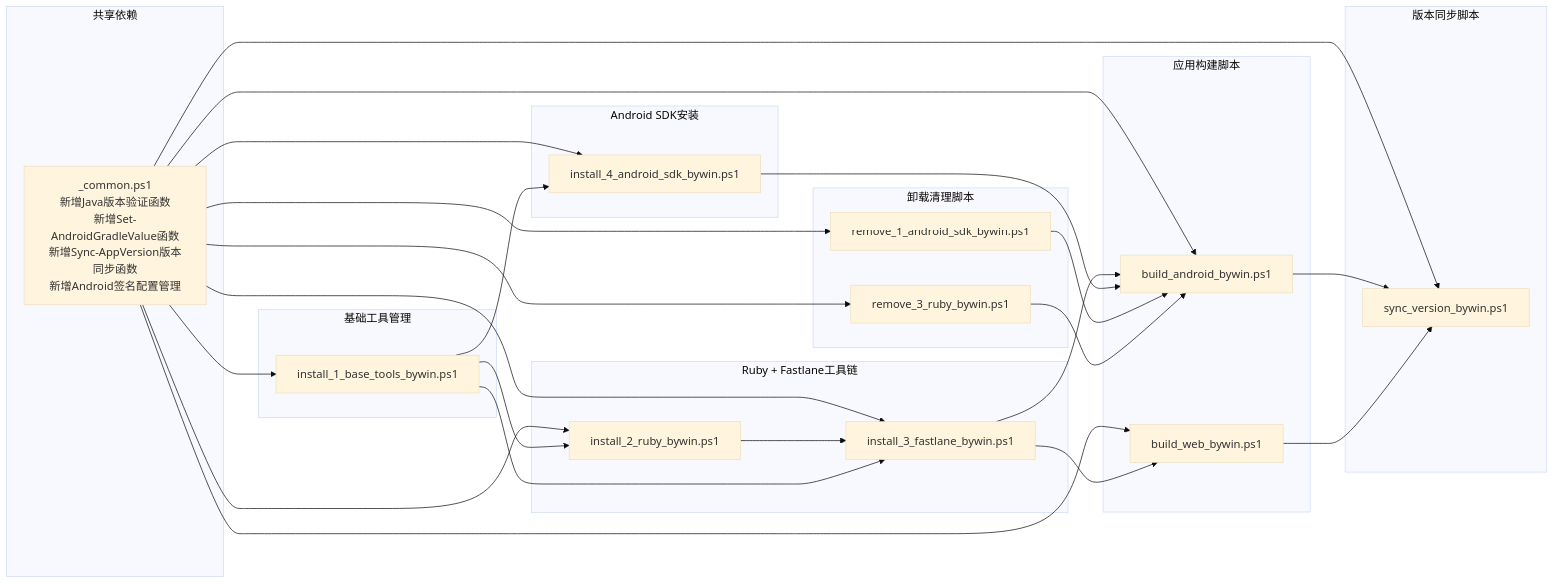
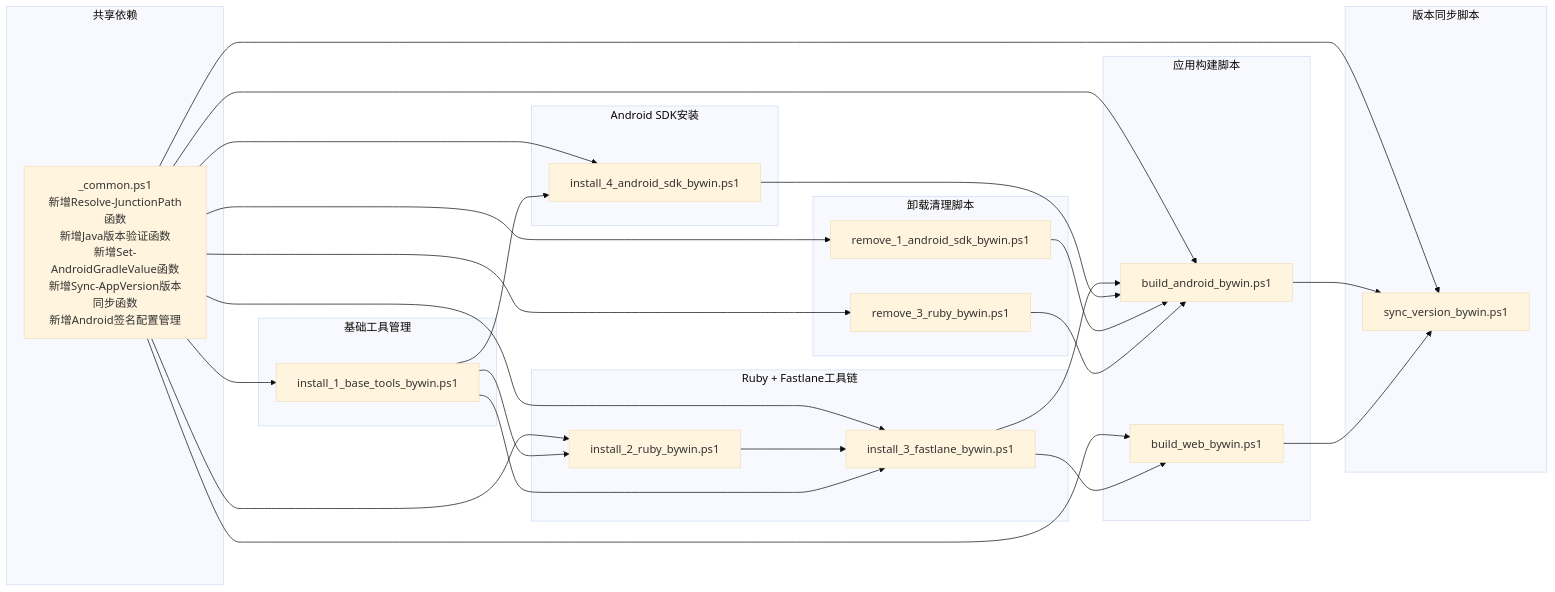
Before and after one commit to tea4go/Macro-Deck-Client-App: the tenth of 10 diagrams in .qoder/repowiki/zh/content/构建与部署/Windows PowerShell自动化.md, drawn with Mermaid (base theme). The commit also changed other lines of this file and 15 other files, not shown here.

````diff
--- a/.qoder/repowiki/zh/content/构建与部署/Windows PowerShell自动化.md
+++ b/.qoder/repowiki/zh/content/构建与部署/Windows PowerShell自动化.md
@@ -861,47 +860,47 @@
 ```mermaid
 graph LR
 subgraph "共享依赖"
-Common[_common.ps1<br/>新增Java版本验证函数<br/>新增Set-AndroidGradleValue函数<br/>新增Sync-AppVersion版本同步函数<br/>新增Android签名配置管理]
+Common[_common.ps1<br/>新增Resolve-JunctionPath函数<br/>新增Java版本验证函数<br/>新增Set-AndroidGradleValue函数<br/>新增Sync-AppVersion版本同步函数<br/>新增Android签名配置管理]
 end
 subgraph "基础工具管理"
 BaseTools[install_1_base_tools_bywin.ps1]
 end
 subgraph "Ruby + Fastlane工具链"
 InstallRuby[install_2_ruby_bywin.ps1]
 InstallFastlane[install_3_fastlane_bywin.ps1]
 end
 subgraph "Android SDK安装"
 InstallSDK[install_4_android_sdk_bywin.ps1]
 end
 subgraph "应用构建脚本"
 BuildAndroid[build_android_bywin.ps1]
 BuildWeb[build_web_bywin.ps1]
 end
 subgraph "版本同步脚本"
 SyncVersion[sync_version_bywin.ps1]
 end
 subgraph "卸载清理脚本"
 RemoveSDK[remove_1_android_sdk_bywin.ps1]
 RemoveRuby[remove_3_ruby_bywin.ps1]
 end
 Common --> BaseTools
 Common --> InstallRuby
 Common --> InstallFastlane
 Common --> InstallSDK
 Common --> BuildAndroid
 Common --> BuildWeb
 Common --> SyncVersion
 Common --> RemoveSDK
 Common --> RemoveRuby
 InstallRuby --> InstallFastlane
 InstallFastlane --> BuildAndroid
 InstallFastlane --> BuildWeb
 InstallSDK --> BuildAndroid
 BuildAndroid --> SyncVersion
 BuildWeb --> SyncVersion
 RemoveSDK --> BuildAndroid
 RemoveRuby --> BuildAndroid
 BaseTools --> InstallRuby
 BaseTools --> InstallFastlane
 BaseTools --> InstallSDK
 ```
````
